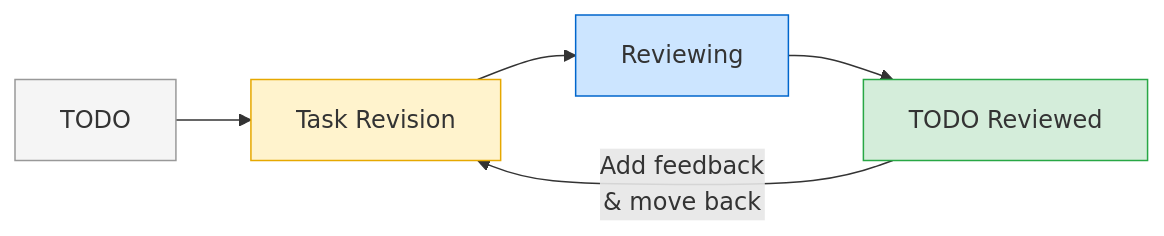
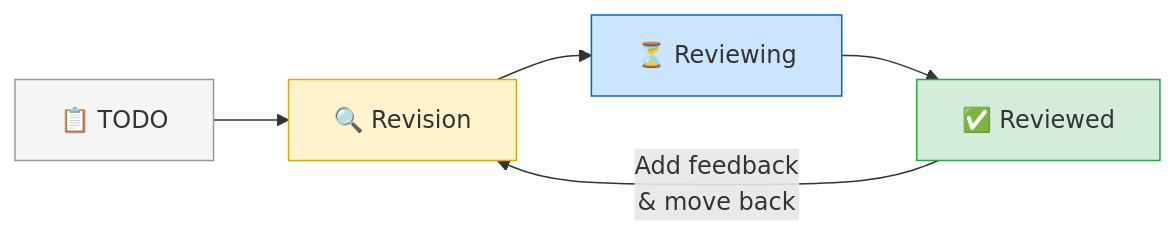
The first of 2 diagrams in README.md (Belfio/sergio), drawn with Mermaid before and after one commit. The commit also changed other lines of this file and 14 other files, not shown here.

````diff
--- a/README.md
+++ b/README.md
@@ -52,12 +52,12 @@
 ```mermaid
 flowchart LR
-    A["TODO"] --> B["Task Revision"]
-    B --> C["Reviewing"]
-    C --> D["TODO Reviewed"]
+    A["📋 TODO"] --> B["🔍 Revision"]
+    B --> C["⏳ Reviewing"]
+    C --> D["✅ Reviewed"]
     D -- "Add feedback\n& move back" --> B
 
     style A fill:#f5f5f5,stroke:#999,color:#333
     style B fill:#fff3cd,stroke:#e6a800,color:#333
     style C fill:#cce5ff,stroke:#0066cc,color:#333
     style D fill:#d4edda,stroke:#28a745,color:#333
 ```
````
